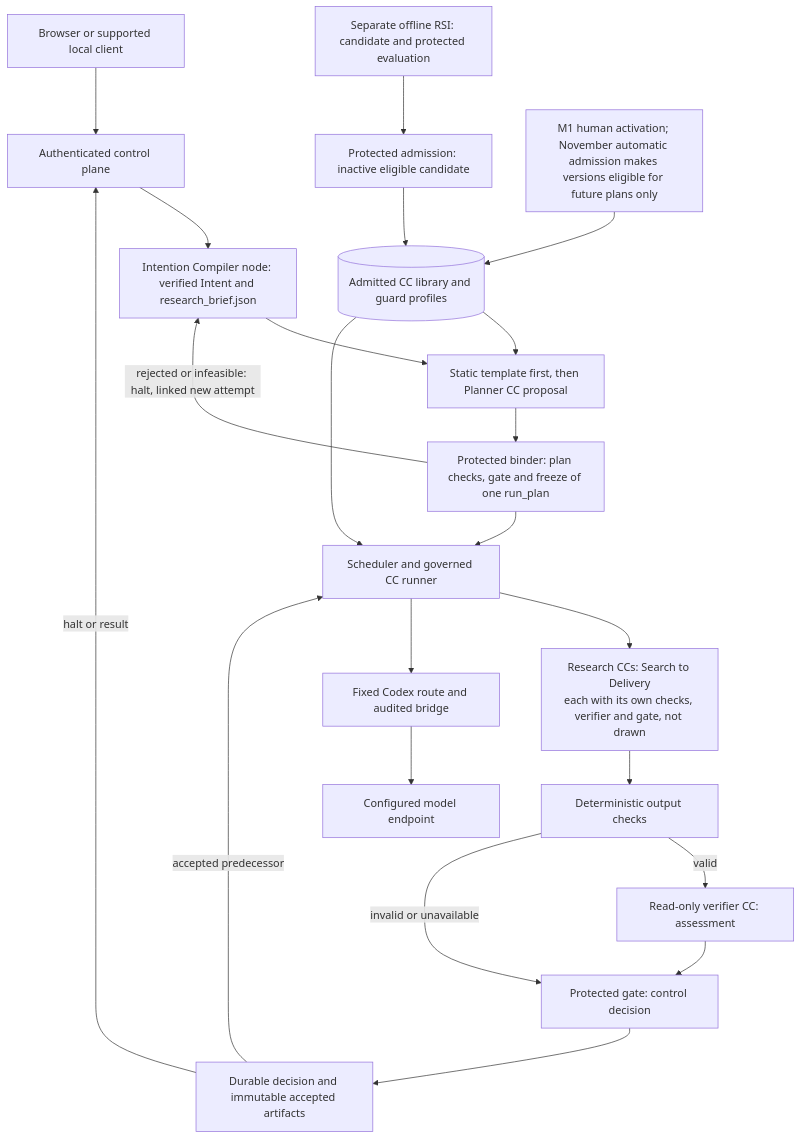
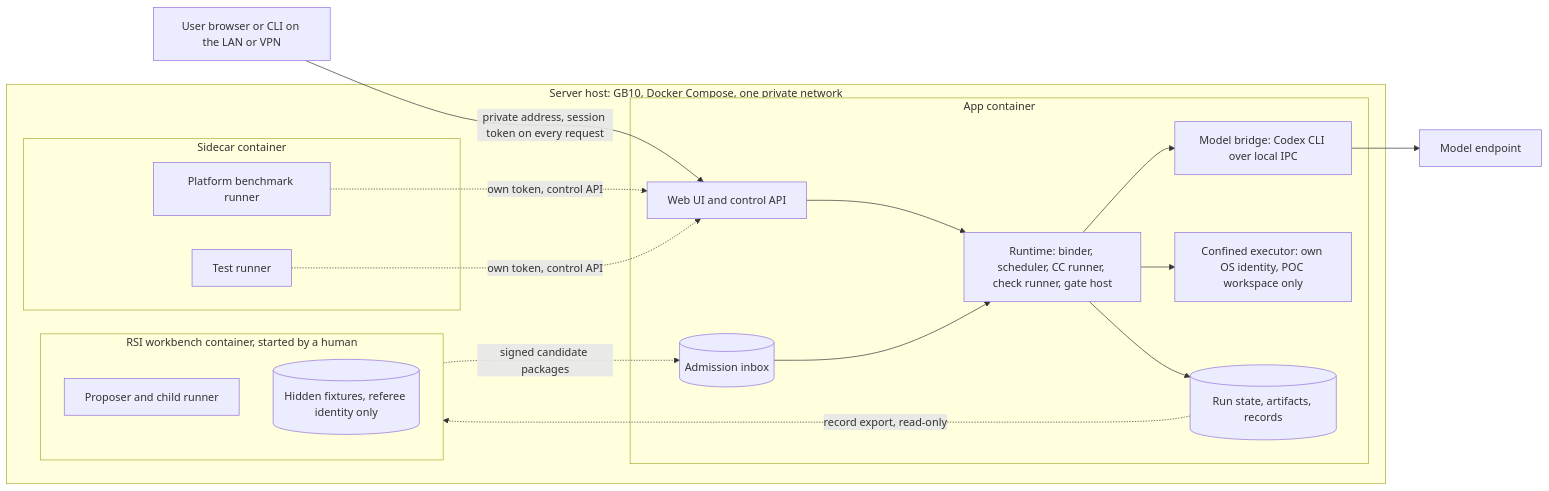
Before and after one commit to Stellven/jiuwenswarm: the diagram in docs/architecture/design-package/README.md, drawn with Mermaid. The commit also changed other lines of this file and 380 other files, not shown here.

````diff
--- a/docs/architecture/design-package/README.md
+++ b/docs/architecture/design-package/README.md
@@ -63,24 +40,26 @@
 ```mermaid
-flowchart TB
-    User[Browser or supported local client] --> Control[Authenticated control plane]
-    Control --> Prep[Intention Compiler node: verified Intent and research_brief.json]
-    Prep --> Plan[Static template first, then Planner CC proposal]
-    Plan --> Freeze[Protected binder: plan checks, gate and freeze of one run_plan]
-    Freeze -->|rejected or infeasible: halt, linked new attempt| Prep
-    Freeze --> Runner[Scheduler and governed CC runner]
-    Runner --> Work[Research CCs: Search to Delivery<br/>each with its own checks, verifier and gate, not drawn]
-    Work --> Det[Deterministic output checks]
-    Det -->|valid| Verify[Read-only verifier CC: assessment]
-    Det -->|invalid or unavailable| Gate[Protected gate: control decision]
-    Verify --> Gate
-    Gate --> State[Durable decision and immutable accepted artifacts]
-    State -->|accepted predecessor| Runner
-    State -->|halt or result| Control
-    Runner --> Models[Fixed Codex route and audited bridge]
-    Models --> Endpoint[Configured model endpoint]
-    Library[(Admitted CC library and guard profiles)] --> Plan
-    Library --> Runner
-    RSI[Separate offline RSI: candidate and protected evaluation] --> Admission[Protected admission: inactive eligible candidate]
-    Admission --> Library
-    Human[M1 human activation; November automatic admission makes versions eligible for future plans only] --> Library
+flowchart LR
+    U[User browser or CLI on the LAN or VPN] -->|private address, session token on every request| W
+    subgraph Host[Server host: GB10, Docker Compose, one private network]
+        subgraph App[App container]
+            W[Web UI and control API] --> RT[Runtime: binder, scheduler, CC runner, check runner, gate host]
+            RT --> BR[Model bridge: Codex CLI over local IPC]
+            RT --> EX[Confined executor: own OS identity, POC workspace only]
+            RT --> ST[(Run state, artifacts, records)]
+            IN[(Admission inbox)] --> RT
+        end
+        subgraph Side[Sidecar container]
+            BM[Platform benchmark runner]
+            TR[Test runner]
+        end
+        subgraph WB[RSI workbench container, started by a human]
+            RSI[Proposer and child runner]
+            FX[(Hidden fixtures, referee identity only)]
+        end
+    end
+    BR --> M[Model endpoint]
+    BM -.->|own token, control API| W
+    TR -.->|own token, control API| W
+    ST -.->|record export, read-only| WB
+    WB -.->|signed candidate packages| IN
 ```
````
